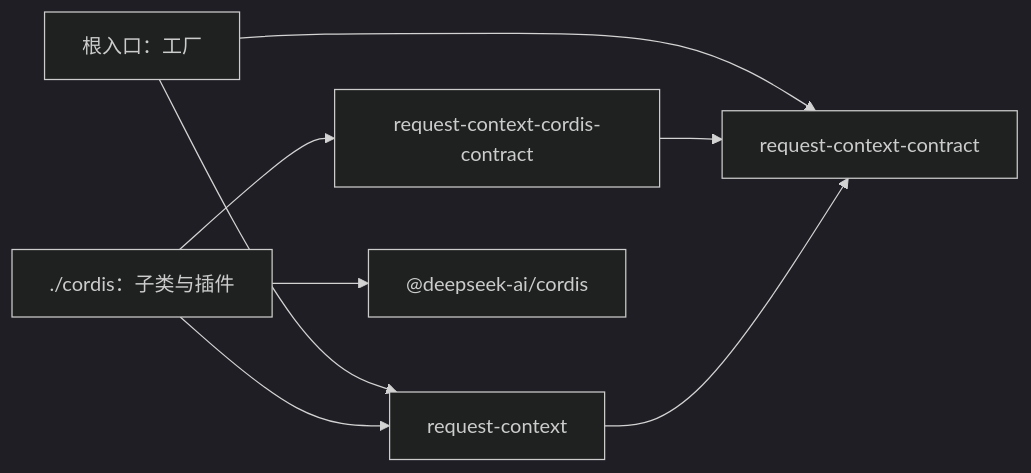
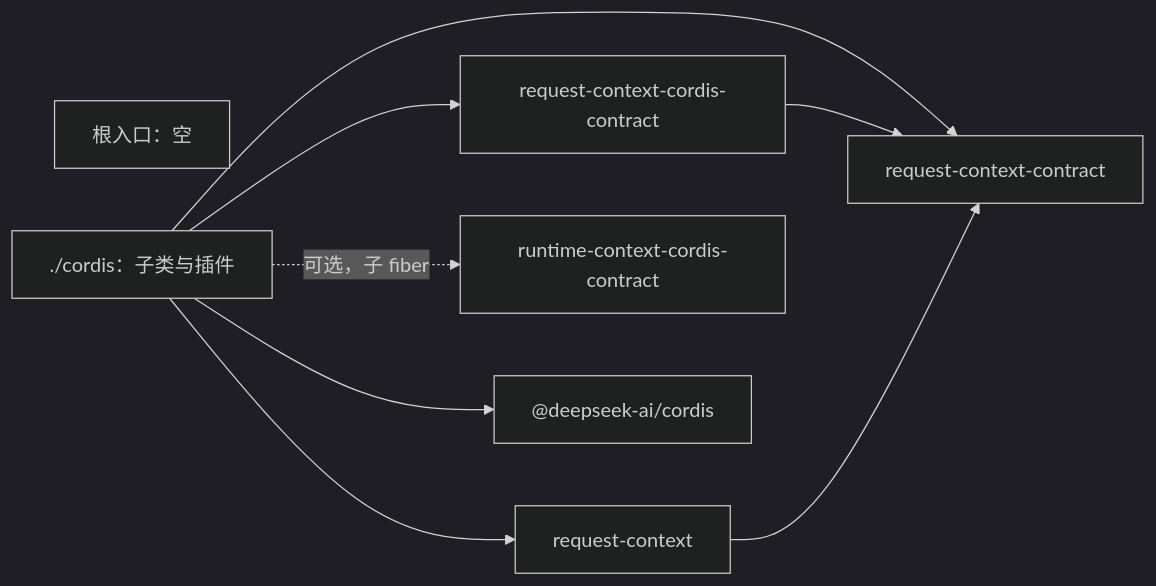
Before and after one commit to nemori-ai/omne-harness-lite: the diagram in packages/context/request-context-cordis/docs/architecture.md, drawn with Mermaid (dark theme). The commit also changed other lines of this file and 68 other files, not shown here.

First line of the commit message:
docs(context): 成员选择型评审处置：资格表、提交顺序、块材料归调用方与 Cordis 路径端口

````diff
--- a/packages/context/request-context-cordis/docs/architecture.md
+++ b/packages/context/request-context-cordis/docs/architecture.md
@@ -24,10 +25,11 @@
 ```mermaid
 flowchart LR
-  Root[根入口：工厂] --> RQI[request-context]
-  Root --> RQC[request-context-contract]
+  Root[根入口：空]
   Cordis[./cordis：子类与插件] --> RQD[request-context-cordis-contract]
-  Cordis --> RQI
+  Cordis --> RQI[request-context]
+  Cordis --> RQC[request-context-contract]
+  Cordis -.->|可选，子 fiber| RCD[runtime-context-cordis-contract]
   Cordis --> Lib["@deepseek-ai/cordis"]
   RQD --> RQC
   RQI --> RQC
 ```
````
